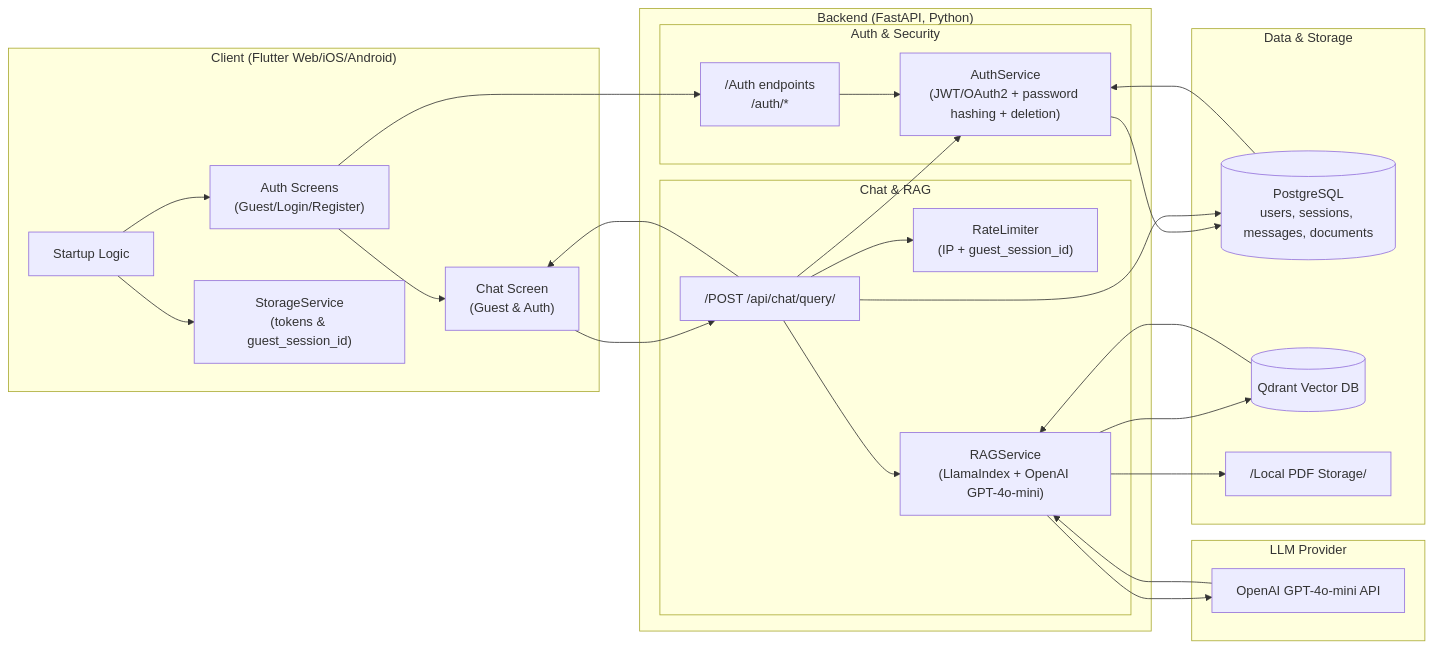
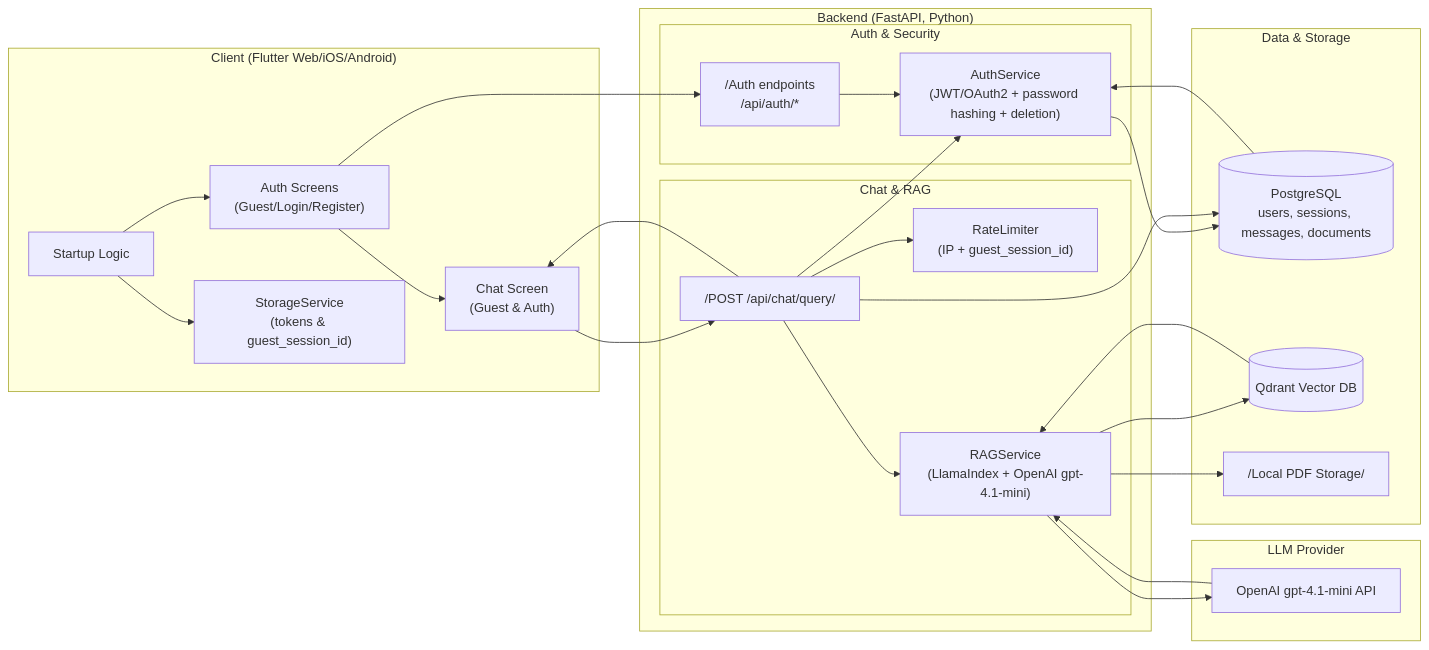
Before and after one commit to shashigemini/cs698-repo: the diagram in docs-site/docs/architecture.md, drawn with Mermaid. The commit also changed other lines of this file and 53 other files, not shown here.

Commit message:
feat: Introduce P4 documentation, refactor backend API and services, update tests, and simplify OpenAPI specification.

````diff
--- a/docs-site/docs/architecture.md
+++ b/docs-site/docs/architecture.md
@@ -7,55 +12,55 @@
 ```mermaid
 flowchart LR
     subgraph Client["Client (Flutter Web/iOS/Android)"]
         S["Startup Logic"]
         AUIS["Auth Screens<br/>(Guest/Login/Register)"]
         CH["Chat Screen<br/>(Guest & Auth)"]
         LS["StorageService<br/>(tokens & guest_session_id)"]
     end
 
     subgraph Backend["Backend (FastAPI, Python)"]
         subgraph AuthLayer["Auth & Security"]
-            AUTH_EPS["/Auth endpoints<br/>/auth/*"]
+            AUTH_EPS["/Auth endpoints<br/>/api/auth/*"]
             AU["AuthService<br/>(JWT/OAuth2 + password hashing + deletion)"]
         end
 
         subgraph ChatLayer["Chat & RAG"]
             CHAT_EP["/POST /api/chat/query/"]
             RL["RateLimiter<br/>(IP + guest_session_id)"]
-            RAG["RAGService<br/>(LlamaIndex + OpenAI GPT-4o-mini)"]
+            RAG["RAGService<br/>(LlamaIndex + OpenAI gpt-4.1-mini)"]
         end
     end
 
     subgraph Data["Data & Storage"]
         P[("PostgreSQL<br/>users, sessions, messages, documents")]
         Q[("Qdrant Vector DB")]
         FS["/Local PDF Storage/"]
     end
 
     subgraph LLM["LLM Provider"]
-        O["OpenAI GPT-4o-mini API"]
+        O["OpenAI gpt-4.1-mini API"]
     end
 
     S --> LS
     S --> AUIS
     AUIS --> AUTH_EPS
     AUIS --> CH
     CH --> CHAT_EP
 
     AUTH_EPS --> AU
     AU --> P
     P --> AU
 
     CHAT_EP --> RL
     CHAT_EP --> AU
     CHAT_EP --> RAG
 
     RAG --> Q
     Q --> RAG
     RAG --> FS
     RAG --> O
     O --> RAG
 
     CHAT_EP --> P
     CHAT_EP --> CH
 ```
````
